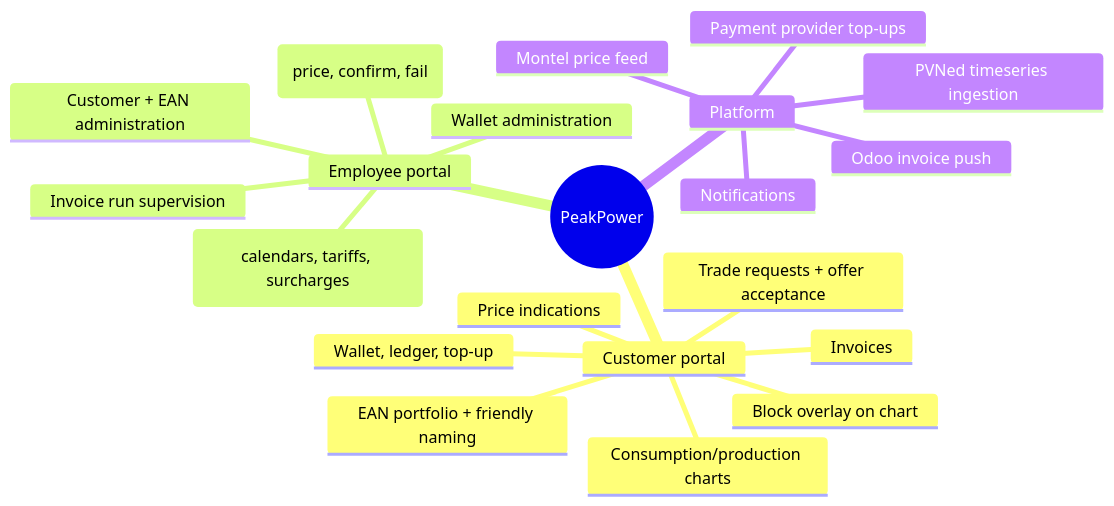
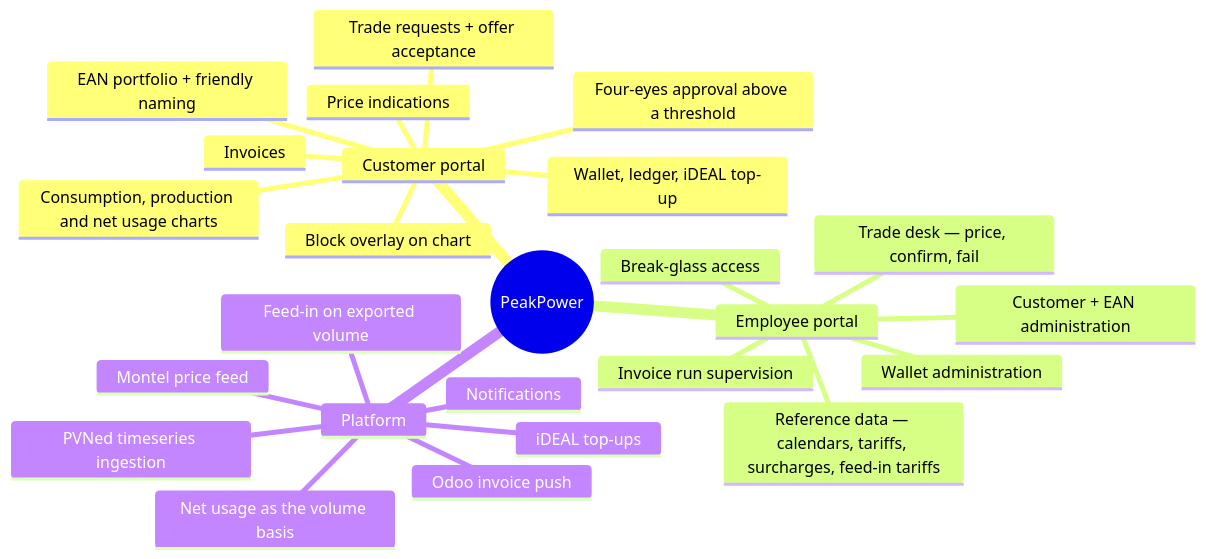
One commit to lukastosic-ifd/peakpowerspecs changed the diagram in specs/00-overview/01-vision-and-scope.md. Above: the diagram before and after it, drawn with Mermaid. The commit also changed other lines of this file and 43 other files, not shown here.

````diff
--- a/specs/00-overview/01-vision-and-scope.md
+++ b/specs/00-overview/01-vision-and-scope.md
@@ -51,24 +51,28 @@
 ```mermaid
 mindmap
   root((PeakPower))
     Customer portal
       EAN portfolio + friendly naming
-      Consumption/production charts
+      Consumption, production and net usage charts
       Block overlay on chart
       Price indications
       Trade requests + offer acceptance
-      Wallet, ledger, top-up
+      Four-eyes approval above a threshold
+      Wallet, ledger, iDEAL top-up
       Invoices
     Employee portal
       Customer + EAN administration
-      Trade desk (price, confirm, fail)
+      Trade desk — price, confirm, fail
       Wallet administration
       Invoice run supervision
-      Reference data (calendars, tariffs, surcharges)
+      Reference data — calendars, tariffs, surcharges, feed-in tariffs
+      Break-glass access
     Platform
       PVNed timeseries ingestion
+      Net usage as the volume basis
+      Feed-in on exported volume
       Montel price feed
-      Payment provider top-ups
+      iDEAL top-ups
       Odoo invoice push
       Notifications
 ```
````
